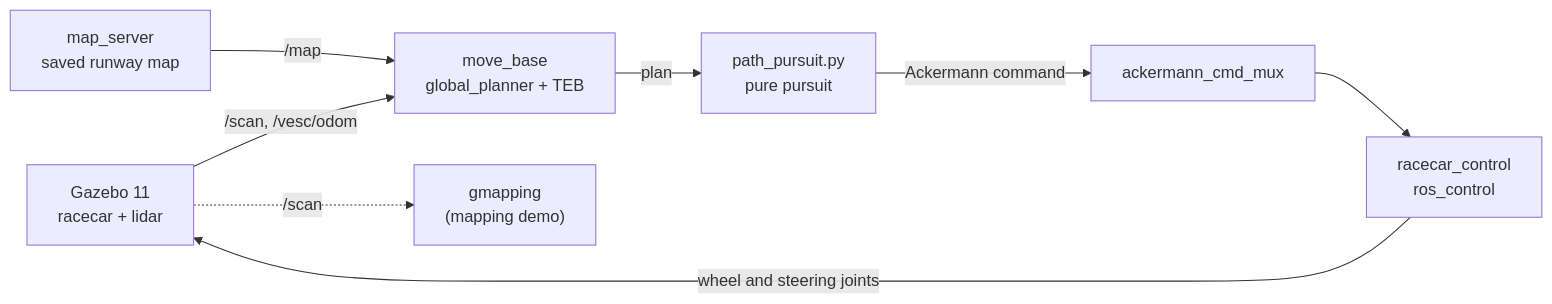
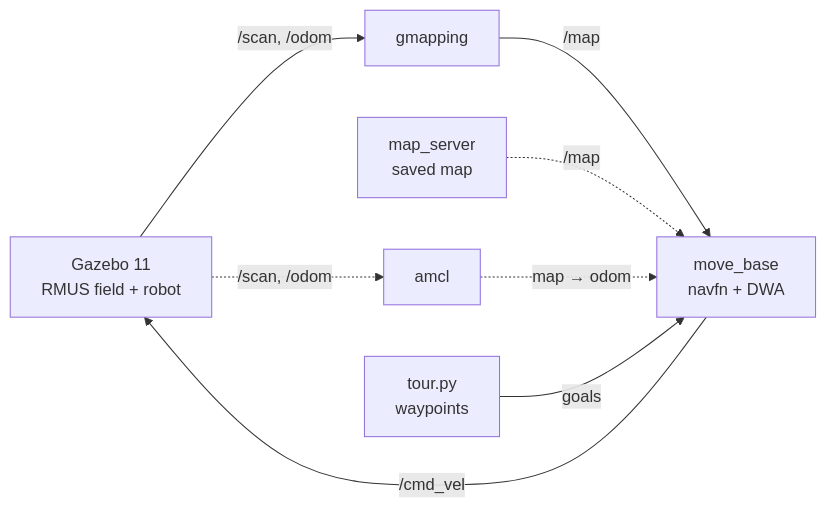
The diagram in README.md (InvalidCodes/2022ROS1), drawn with Mermaid before and after one commit. The commit also changed other lines of this file and 31 other files, not shown here.

First line of the commit message:
Feature the RMUS field: SLAM and AMCL navigation demos

````diff
--- a/README.md
+++ b/README.md
@@ -57,10 +58,10 @@
 ```mermaid
 flowchart LR
-    G["Gazebo 11<br/>racecar + lidar"] -- "/scan, /vesc/odom" --> MB
-    MS["map_server<br/>saved runway map"] -- "/map" --> MB
-    MB["move_base<br/>global_planner + TEB"] -- "plan" --> PP["path_pursuit.py<br/>pure pursuit"]
-    PP -- "Ackermann command" --> MUX["ackermann_cmd_mux"]
-    MUX --> CTRL["racecar_control<br/>ros_control"]
-    CTRL -- "wheel and steering joints" --> G
-    G -. "/scan" .-> SLAM["gmapping<br/>(mapping demo)"]
+    G["Gazebo 11<br/>RMUS field + robot"] -- "/scan, /odom" --> SLAM["gmapping"]
+    SLAM -- "/map" --> MB["move_base<br/>navfn + DWA"]
+    MS["map_server<br/>saved map"] -. "/map" .-> MB
+    G -. "/scan, /odom" .-> AMCL["amcl"]
+    AMCL -. "map → odom" .-> MB
+    T["tour.py<br/>waypoints"] -- "goals" --> MB
+    MB -- "/cmd_vel" --> G
 ```
````
